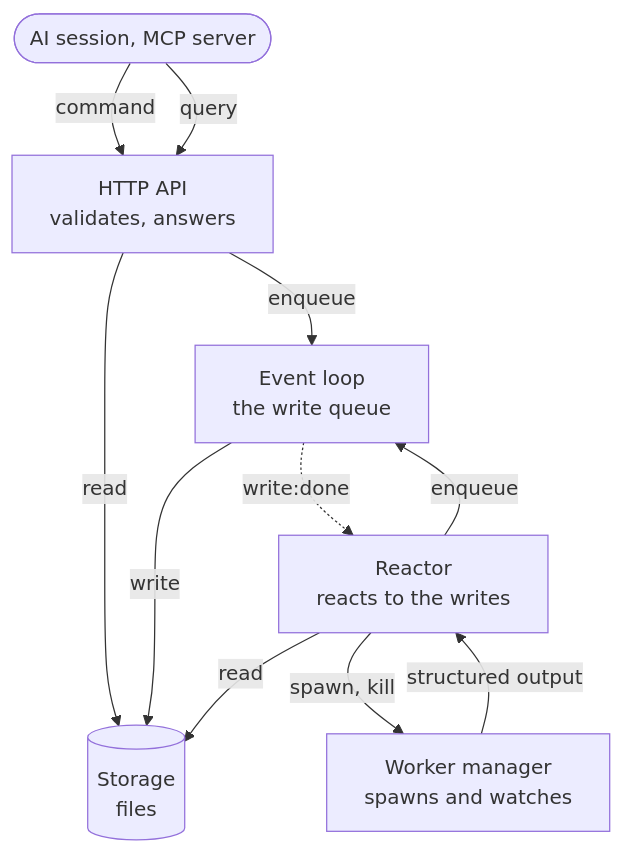
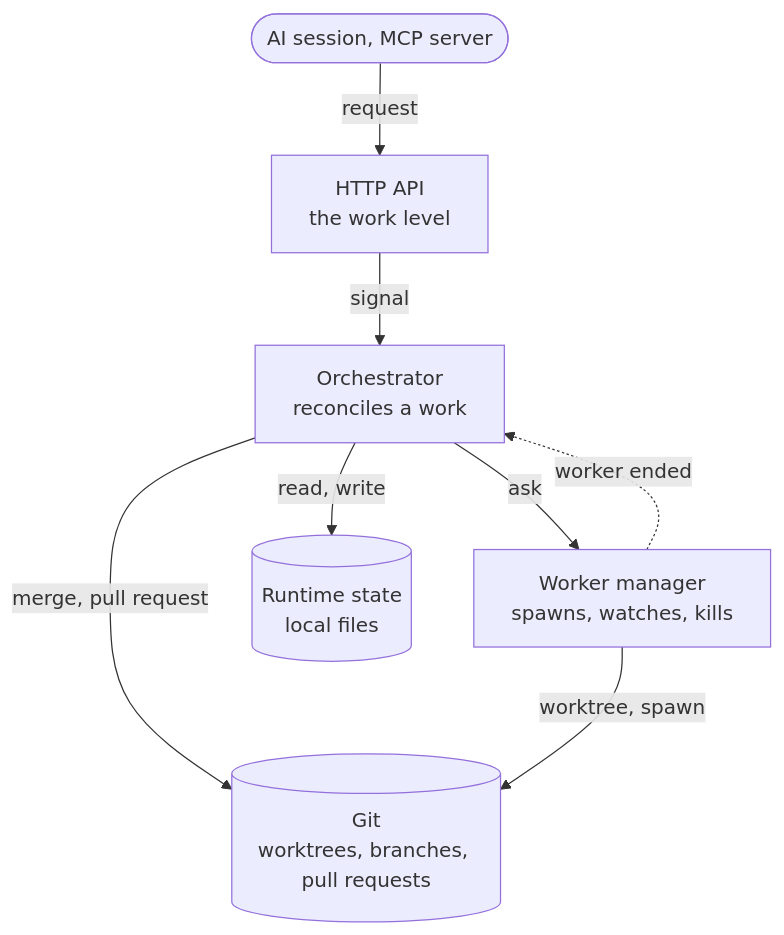
Before and after one commit to longlh/superteam: the diagram in docs/engine.md, drawn with Mermaid. The commit also changed other lines of this file and 2 other files, not shown here.

First line of the commit message:
Rewrite the engine around git as the platform

````diff
--- a/docs/engine.md
+++ b/docs/engine.md
@@ -16,20 +45,17 @@
 ```mermaid
 flowchart TD
-  client([AI session, MCP server]) -->|command| api
-  client -->|query| api
+  client([AI session, MCP server]) -->|request| api
 
-  api["HTTP API<br/>validates, answers"]
-  eventloop["Event loop<br/>the write queue"]
-  storage[("Storage<br/>files")]
-  reactor["Reactor<br/>reacts to the writes"]
-  workers["Worker manager<br/>spawns and watches"]
+  api["HTTP API<br/>the work level"]
+  orchestrator["Orchestrator<br/>reconciles a work"]
+  workers["Worker manager<br/>spawns, watches, kills"]
+  runtime[("Runtime state<br/>local files")]
+  git[("Git<br/>worktrees, branches, pull requests")]
 
-  api -->|enqueue| eventloop
-  api -->|read| storage
-  eventloop -->|write| storage
-  eventloop -.->|write:done| reactor
-  reactor -->|read| storage
-  reactor -->|enqueue| eventloop
-  reactor -->|spawn, kill| workers
-  workers -->|structured output| reactor
+  api -->|signal| orchestrator
+  orchestrator -->|read, write| runtime
+  orchestrator -->|ask| workers
+  orchestrator -->|merge, pull request| git
+  workers -->|worktree, spawn| git
+  workers -.->|worker ended| orchestrator
 ```
````
